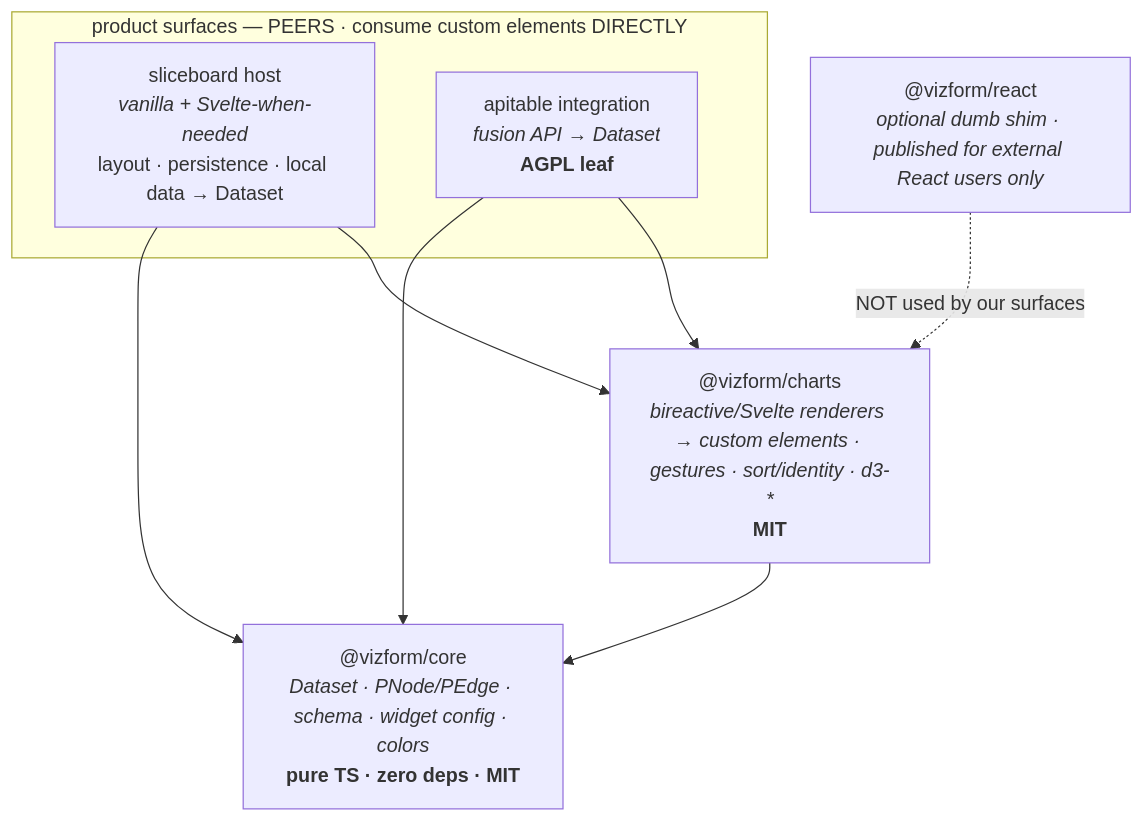
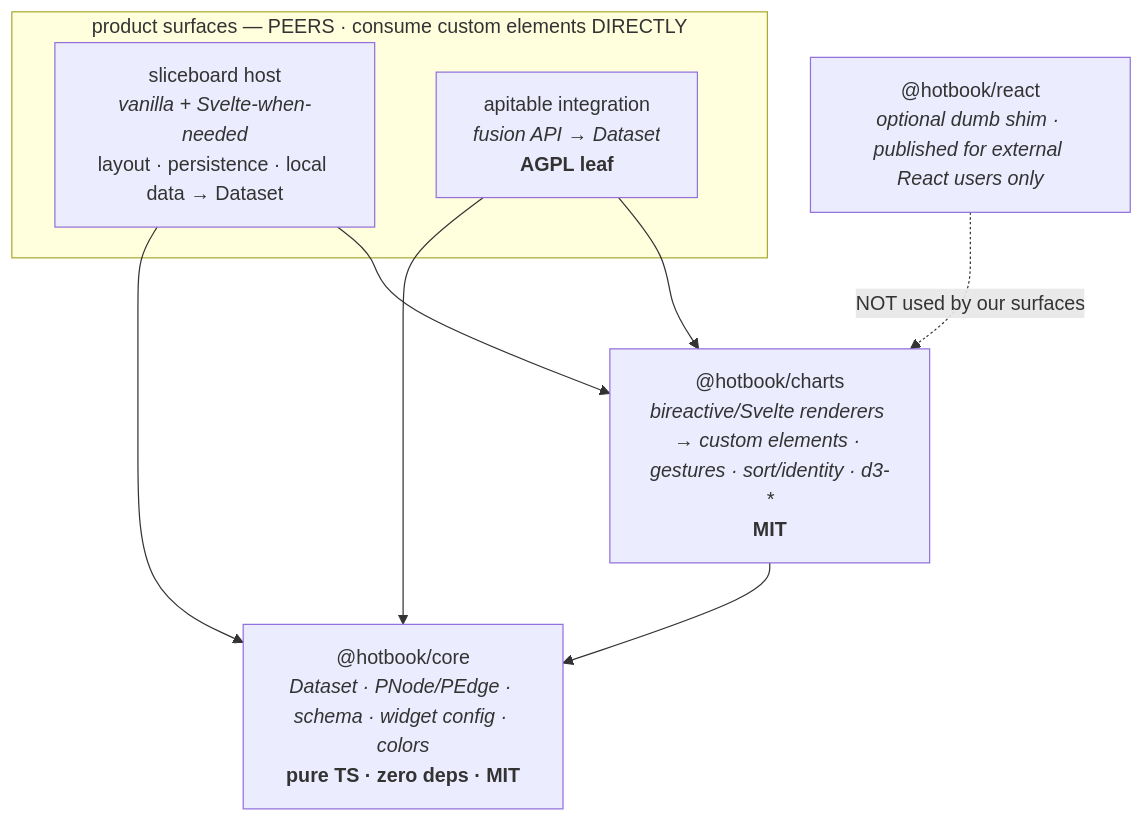
One commit to WinstonFassett/hotbook changed the second of 2 diagrams in wiki/dependencies.md. Above: the diagram before and after it, drawn with Mermaid. The commit also changed other lines of this file and 44 other files, not shown here.

Commit message:
chore: fully replace vizform -> hotbook

````diff
--- a/wiki/dependencies.md
+++ b/wiki/dependencies.md
@@ -122,18 +122,18 @@
 ```mermaid
 graph TD
-  tcore["@vizform/core<br/><i>Dataset · PNode/PEdge · schema · widget config · colors</i><br/><b>pure TS · zero deps · MIT</b>"]
-  tcharts["@vizform/charts<br/><i>bireactive/Svelte renderers → custom elements · gestures · sort/identity · d3-*</i><br/><b>MIT</b>"]
+  tcore["@hotbook/core<br/><i>Dataset · PNode/PEdge · schema · widget config · colors</i><br/><b>pure TS · zero deps · MIT</b>"]
+  tcharts["@hotbook/charts<br/><i>bireactive/Svelte renderers → custom elements · gestures · sort/identity · d3-*</i><br/><b>MIT</b>"]
   tcharts --> tcore
 
   subgraph surfaces["product surfaces — PEERS · consume custom elements DIRECTLY"]
     tslice["sliceboard host<br/><i>vanilla + Svelte-when-needed</i><br/>layout · persistence · local data → Dataset"]
     tapit["apitable integration<br/><i>fusion API → Dataset</i><br/><b>AGPL leaf</b>"]
   end
   tslice --> tcharts
   tslice --> tcore
   tapit --> tcharts
   tapit --> tcore
 
-  treact["@vizform/react<br/><i>optional dumb shim · published for external React users only</i>"]
+  treact["@hotbook/react<br/><i>optional dumb shim · published for external React users only</i>"]
   treact -.->|"NOT used by our surfaces"| tcharts
 ```
````
